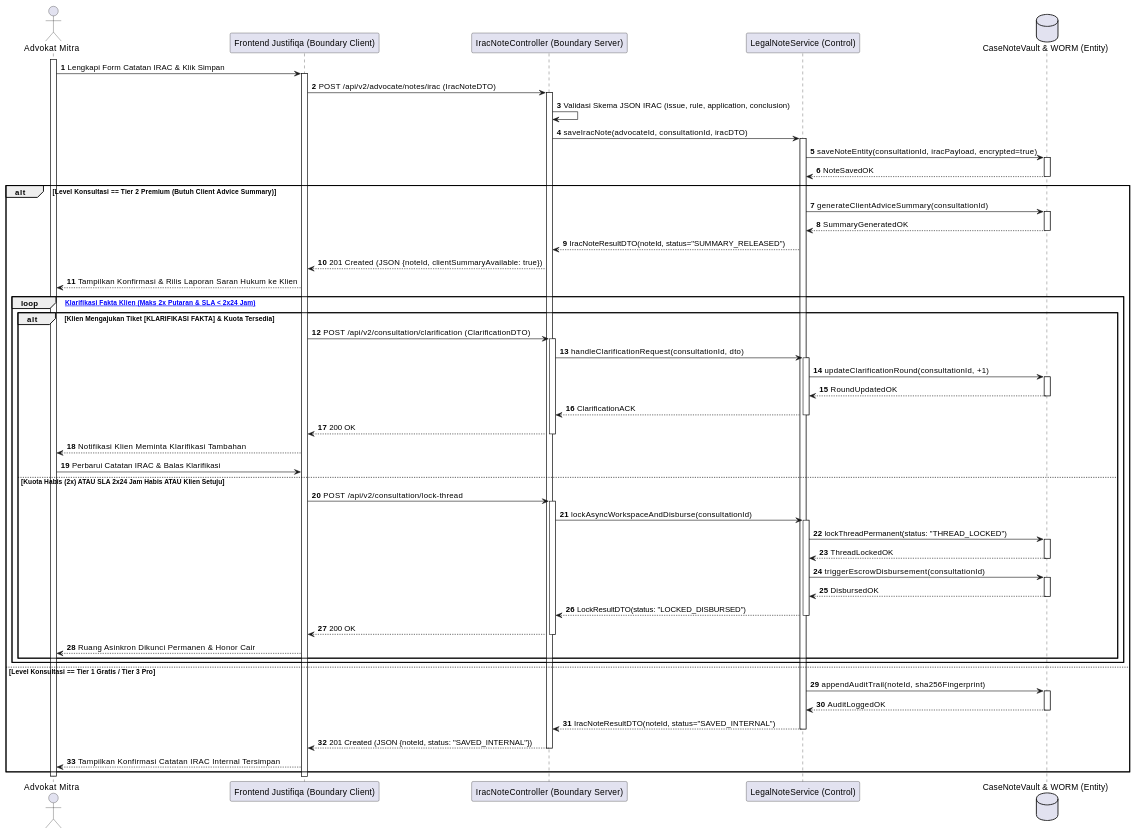
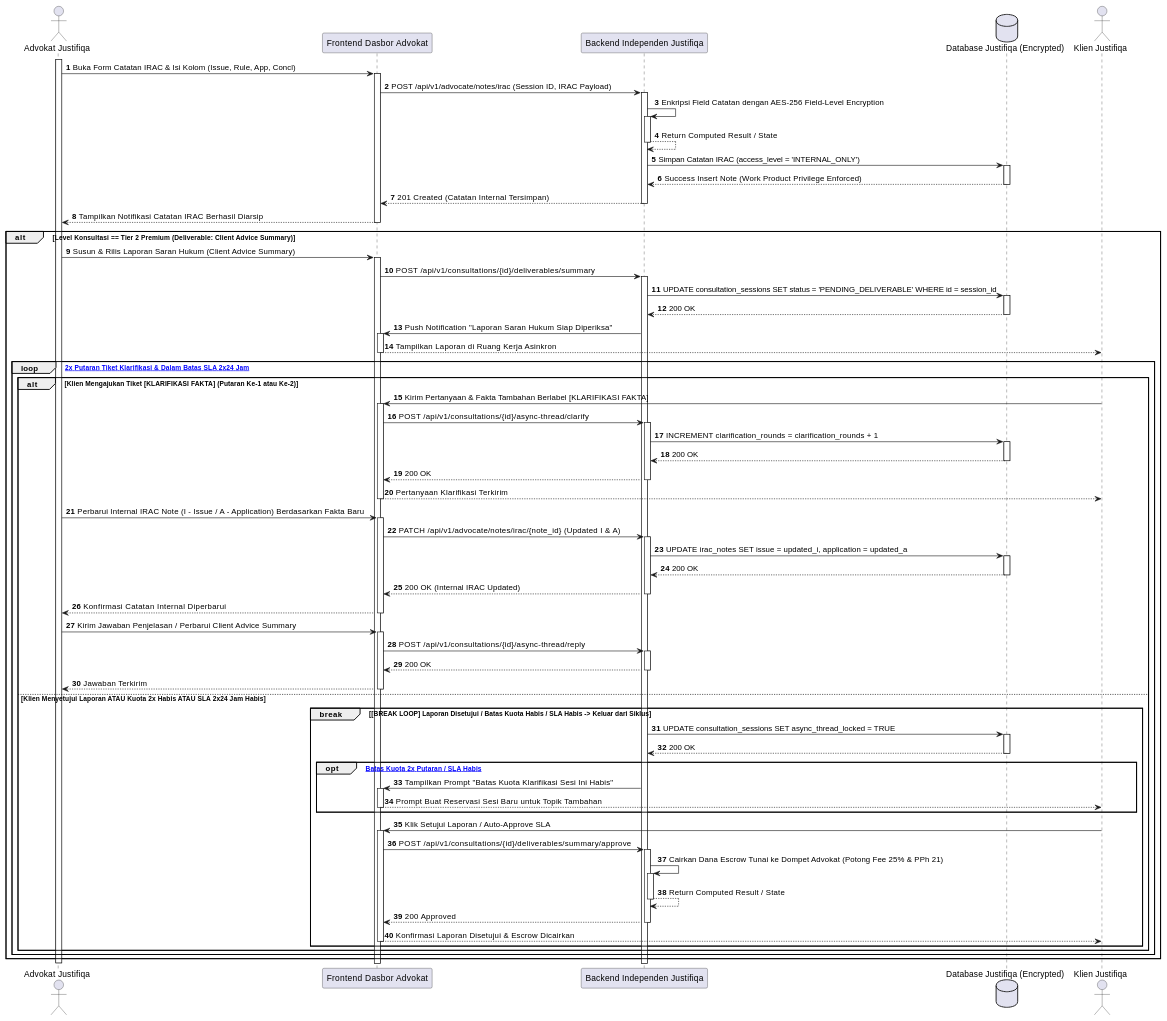
Before and after one commit to tupperwureism/SuperApp-Gagal: the eighth of 28 diagrams in MarkDown/plantuml_sequence_diagrams.md, drawn with PlantUML. The commit also changed other lines of this file and 3 other files, not shown here.

````diff
--- a/MarkDown/plantuml_sequence_diagrams.md
+++ b/MarkDown/plantuml_sequence_diagrams.md
@@ -523,56 +695,76 @@
 ```plantuml
 @startuml
 autonumber
-actor "Advokat Mitra" as User
-participant "Frontend Justifiqa (Boundary Client)" as B_FE
-participant "IracNoteController (Boundary Server)" as B_BE
-participant "LegalNoteService (Control)" as C_Svc
-database "CaseNoteVault & WORM (Entity)" as E_DB
+actor "Advokat Justifiqa" as Mitra
+participant "Frontend Dasbor Advokat" as FE
+participant "Backend Independen Justifiqa" as BE
+database "Database Justifiqa (Encrypted)" as DB
+actor "Klien Justifiqa" as Klien
 
-activate User
-User -> B_FE ++ : Lengkapi Form Catatan IRAC & Klik Simpan
-B_FE -> B_BE ++ : POST /api/v2/advocate/notes/irac (IracNoteDTO)
-B_BE -> B_BE : Validasi Skema JSON IRAC (issue, rule, application, conclusion)
-B_BE -> C_Svc ++ : saveIracNote(advocateId, consultationId, iracDTO)
-C_Svc -> E_DB ++ : saveNoteEntity(consultationId, iracPayload, encrypted=true)
-E_DB --> C_Svc -- : NoteSavedOK
+activate Mitra
+Mitra -> FE ++ : Buka Form Catatan IRAC & Isi Kolom (Issue, Rule, App, Concl)
+FE -> BE ++ : POST /api/v1/advocate/notes/irac (Session ID, IRAC Payload)
+BE -> BE ++ : Enkripsi Field Catatan dengan AES-256 Field-Level Encryption
+BE --> BE -- : Return Computed Result / State
+BE -> DB ++ : Simpan Catatan IRAC (access_level = 'INTERNAL_ONLY')
+DB --> BE -- : Success Insert Note (Work Product Privilege Enforced)
+BE --> FE -- : 201 Created (Catatan Internal Tersimpan)
+FE --> Mitra : Tampilkan Notifikasi Catatan IRAC Berhasil Diarsip
+deactivate FE
 
-alt Level Konsultasi == Tier 2 Premium (Butuh Client Advice Summary)
-    C_Svc -> E_DB ++ : generateClientAdviceSummary(consultationId)
-    E_DB --> C_Svc -- : SummaryGeneratedOK
-    C_Svc --> B_BE : IracNoteResultDTO(noteId, status="SUMMARY_RELEASED")
-    B_BE --> B_FE : 201 Created (JSON {noteId, clientSummaryAvailable: true})
-    B_FE --> User : Tampilkan Konfirmasi & Rilis Laporan Saran Hukum ke Klien
+alt Level Konsultasi == Tier 2 Premium (Deliverable: Client Advice Summary)
+    Mitra -> FE ++ : Susun & Rilis Laporan Saran Hukum (Client Advice Summary)
+    FE -> BE ++ : POST /api/v1/consultations/{id}/deliverables/summary
+    BE -> DB ++ : UPDATE consultation_sessions SET status = 'PENDING_DELIVERABLE' WHERE id = session_id
+    DB --> BE -- : 200 OK
+    BE -> FE ++ : Push Notification "Laporan Saran Hukum Siap Diperiksa"
+    FE --> Klien : Tampilkan Laporan di Ruang Kerja Asinkron
+    deactivate FE
 
-    loop [Siklus Klarifikasi Fakta Klien (Maks 2x Putaran & SLA < 2x24 Jam)]
-        alt Klien Mengajukan Tiket [KLARIFIKASI FAKTA] & Kuota Tersedia
-            B_FE -> B_BE ++ : POST /api/v2/consultation/clarification (ClarificationDTO)
-            B_BE -> C_Svc ++ : handleClarificationRequest(consultationId, dto)
-            C_Svc -> E_DB ++ : updateClarificationRound(consultationId, +1)
-            E_DB --> C_Svc -- : RoundUpdatedOK
-            C_Svc --> B_BE -- : ClarificationACK
-            B_BE --> B_FE -- : 200 OK
-            B_FE --> User : Notifikasi Klien Meminta Klarifikasi Tambahan
-            User -> B_FE : Perbarui Catatan IRAC & Balas Klarifikasi
-        else Kuota Habis (2x) ATAU SLA 2x24 Jam Habis ATAU Klien Setuju
-            B_FE -> B_BE ++ : POST /api/v2/consultation/lock-thread
-            B_BE -> C_Svc ++ : lockAsyncWorkspaceAndDisburse(consultationId)
-            C_Svc -> E_DB ++ : lockThreadPermanent(status: "THREAD_LOCKED")
-            E_DB --> C_Svc -- : ThreadLockedOK
-            C_Svc -> E_DB ++ : triggerEscrowDisbursement(consultationId)
-            E_DB --> C_Svc -- : DisbursedOK
-            C_Svc --> B_BE -- : LockResultDTO(status: "LOCKED_DISBURSED")
-            B_BE --> B_FE -- : 200 OK
-            B_FE --> User : Ruang Asinkron Dikunci Permanen & Honor Cair
+    loop [Maksimal 2x Putaran Tiket Klarifikasi & Dalam Batas SLA 2x24 Jam]
+        alt Klien Mengajukan Tiket [KLARIFIKASI FAKTA] (Putaran Ke-1 atau Ke-2)
+            Klien -> FE ++ : Kirim Pertanyaan & Fakta Tambahan Berlabel [KLARIFIKASI FAKTA]
+            FE -> BE ++ : POST /api/v1/consultations/{id}/async-thread/clarify
+            BE -> DB ++ : INCREMENT clarification_rounds = clarification_rounds + 1
+            DB --> BE -- : 200 OK
+            BE --> FE -- : 200 OK
+            FE --> Klien : Pertanyaan Klarifikasi Terkirim
+            deactivate FE
+            
+            Mitra -> FE ++ : Perbarui Internal IRAC Note (I - Issue / A - Application) Berdasarkan Fakta Baru
+            FE -> BE ++ : PATCH /api/v1/advocate/notes/irac/{note_id} (Updated I & A)
+            BE -> DB ++ : UPDATE irac_notes SET issue = updated_i, application = updated_a
+            DB --> BE -- : 200 OK
+            BE --> FE -- : 200 OK (Internal IRAC Updated)
+            FE --> Mitra : Konfirmasi Catatan Internal Diperbarui
+            deactivate FE
+            
+            Mitra -> FE ++ : Kirim Jawaban Penjelasan / Perbarui Client Advice Summary
+            FE -> BE ++ : POST /api/v1/consultations/{id}/async-thread/reply
+            BE --> FE -- : 200 OK
+            FE --> Mitra : Jawaban Terkirim
+            deactivate FE
+        else Klien Menyetujui Laporan ATAU Kuota 2x Habis ATAU SLA 2x24 Jam Habis
+            break [BREAK LOOP] Laporan Disetujui / Batas Kuota Habis / SLA Habis -> Keluar dari Siklus
+                BE -> DB ++ : UPDATE consultation_sessions SET async_thread_locked = TRUE
+                DB --> BE -- : 200 OK
+                opt [Jika Batas Kuota 2x Putaran / SLA Habis]
+                    BE -> FE ++ : Tampilkan Prompt "Batas Kuota Klarifikasi Sesi Ini Habis"
+                    FE --> Klien : Prompt Buat Reservasi Sesi Baru untuk Topik Tambahan
+                    deactivate FE
+                end
+                Klien -> FE ++ : Klik Setujui Laporan / Auto-Approve SLA
+                FE -> BE ++ : POST /api/v1/consultations/{id}/deliverables/summary/approve
+                BE -> BE ++ : Cairkan Dana Escrow Tunai ke Dompet Advokat (Potong Fee 25% & PPh 21)
+                BE --> BE -- : Return Computed Result / State
+                BE --> FE -- : 200 Approved
+                FE --> Klien : Konfirmasi Laporan Disetujui & Escrow Dicairkan
+                deactivate FE
+            end
         end
     end
-else Level Konsultasi == Tier 1 Gratis / Tier 3 Pro
-    C_Svc -> E_DB ++ : appendAuditTrail(noteId, sha256Fingerprint)
-    E_DB --> C_Svc -- : AuditLoggedOK
-    C_Svc --> B_BE -- : IracNoteResultDTO(noteId, status="SAVED_INTERNAL")
-    B_BE --> B_FE -- : 201 Created (JSON {noteId, status: "SAVED_INTERNAL"})
-    B_FE --> User : Tampilkan Konfirmasi Catatan IRAC Internal Tersimpan
 end
-deactivate User
+
+deactivate Mitra
 @enduml
 ```
````
